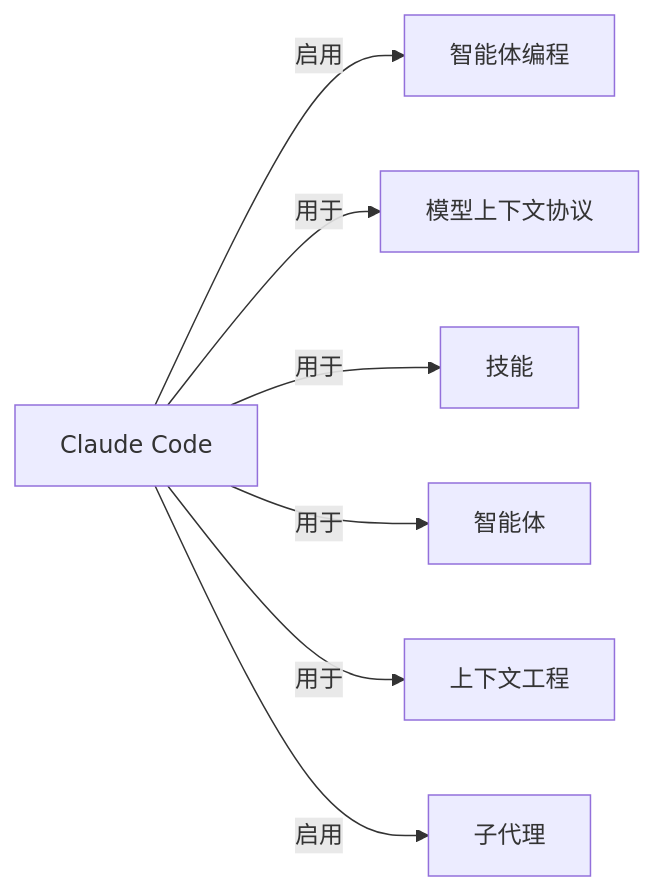
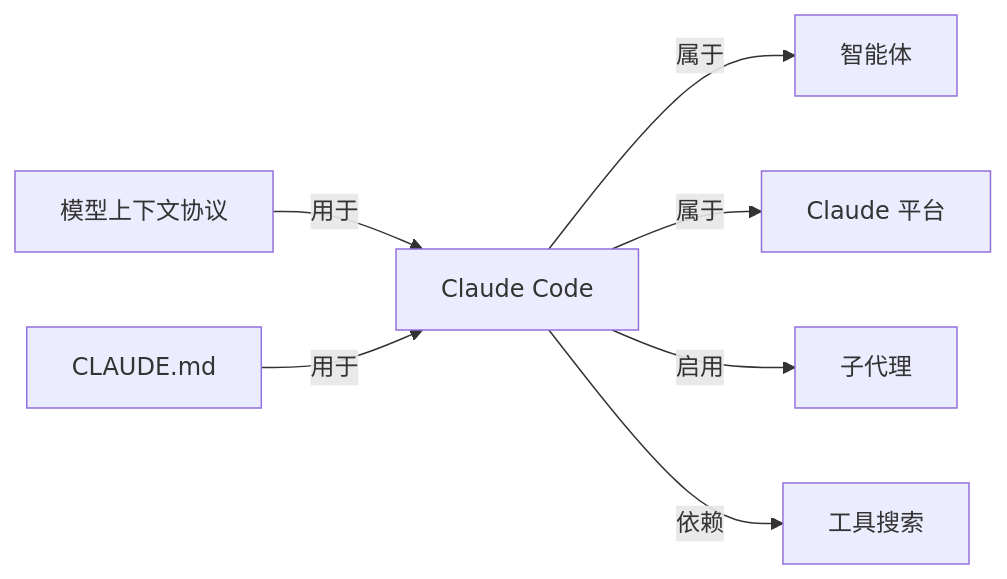
The diagram in wiki/Claude-Code.md (yibie/claude-best-practices-zh), drawn with Mermaid before and after one commit. The commit also changed other lines of this file and 407 other files, not shown here.

Commit message:
feat: DeepSeek 三遍审校（译文/关系/图谱）+ 可部署静态站点

````diff
--- a/wiki/Claude-Code.md
+++ b/wiki/Claude-Code.md
@@ -48,10 +51,10 @@
 ```mermaid
 graph LR
   C["Claude Code"]
-  C -->|启用| N0["智能体编程"]
-  C -->|用于| N1["模型上下文协议"]
-  C -->|用于| N2["技能"]
-  C -->|用于| N3["智能体"]
-  C -->|用于| N4["上下文工程"]
-  C -->|启用| N5["子代理"]
+  C -->|属于| N0["智能体"]
+  N1["模型上下文协议"] -->|用于| C
+  N2["CLAUDE.md"] -->|用于| C
+  C -->|属于| N3["Claude 平台"]
+  C -->|启用| N4["子代理"]
+  C -->|依赖| N5["工具搜索"]
 ```
````
